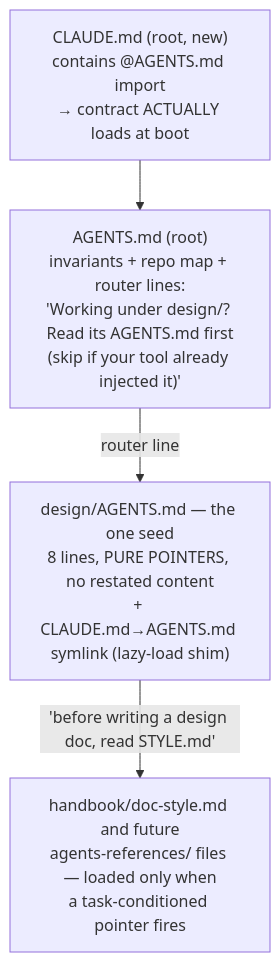
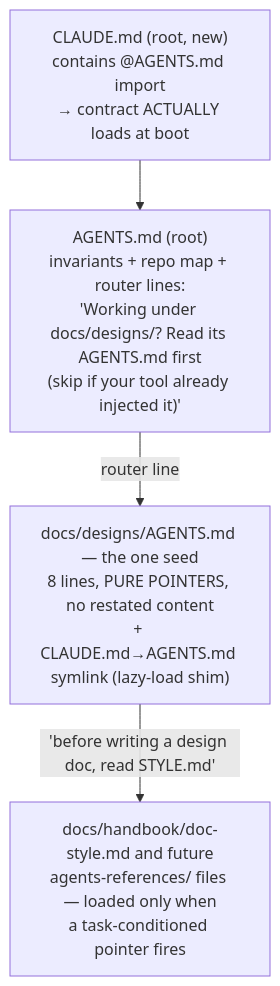
The diagram in docs/designs/tree-instructions/README.md (QuentinMeow/jobs-finder-toolkit), drawn with Mermaid before and after one commit. The commit also changed other lines of this file and 101 other files, not shown here.

````diff
--- a/docs/designs/tree-instructions/README.md
+++ b/docs/designs/tree-instructions/README.md
@@ -32,10 +32,10 @@
 ```mermaid
 flowchart TB
     shim["CLAUDE.md (root, new)\ncontains @AGENTS.md import\n→ contract ACTUALLY loads at boot"]
-    root["AGENTS.md (root)\ninvariants + repo map + router lines:\n'Working under design/? Read its AGENTS.md first\n(skip if your tool already injected it)'"]
-    leaf["design/AGENTS.md — the one seed\n8 lines, PURE POINTERS, no restated content\n+ CLAUDE.md→AGENTS.md symlink (lazy-load shim)"]
-    style_["handbook/doc-style.md and future\nagents-references/ files — loaded only when\na task-conditioned pointer fires"]
+    root["AGENTS.md (root)\ninvariants + repo map + router lines:\n'Working under docs/designs/? Read its AGENTS.md first\n(skip if your tool already injected it)'"]
+    leaf["docs/designs/AGENTS.md — the one seed\n8 lines, PURE POINTERS, no restated content\n+ CLAUDE.md→AGENTS.md symlink (lazy-load shim)"]
+    style_["docs/handbook/doc-style.md and future\nagents-references/ files — loaded only when\na task-conditioned pointer fires"]
     shim --> root
     root -->|router line| leaf
     leaf -->|"'before writing a design doc, read STYLE.md'"| style_
 ```
````
